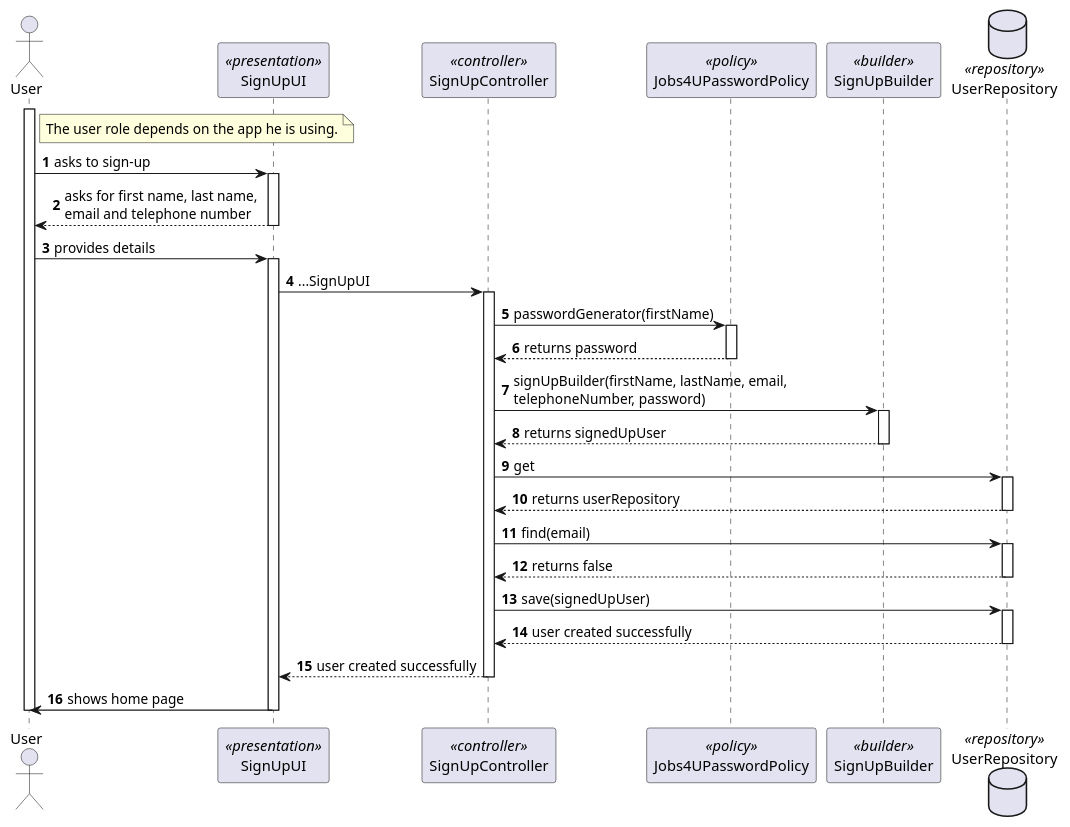
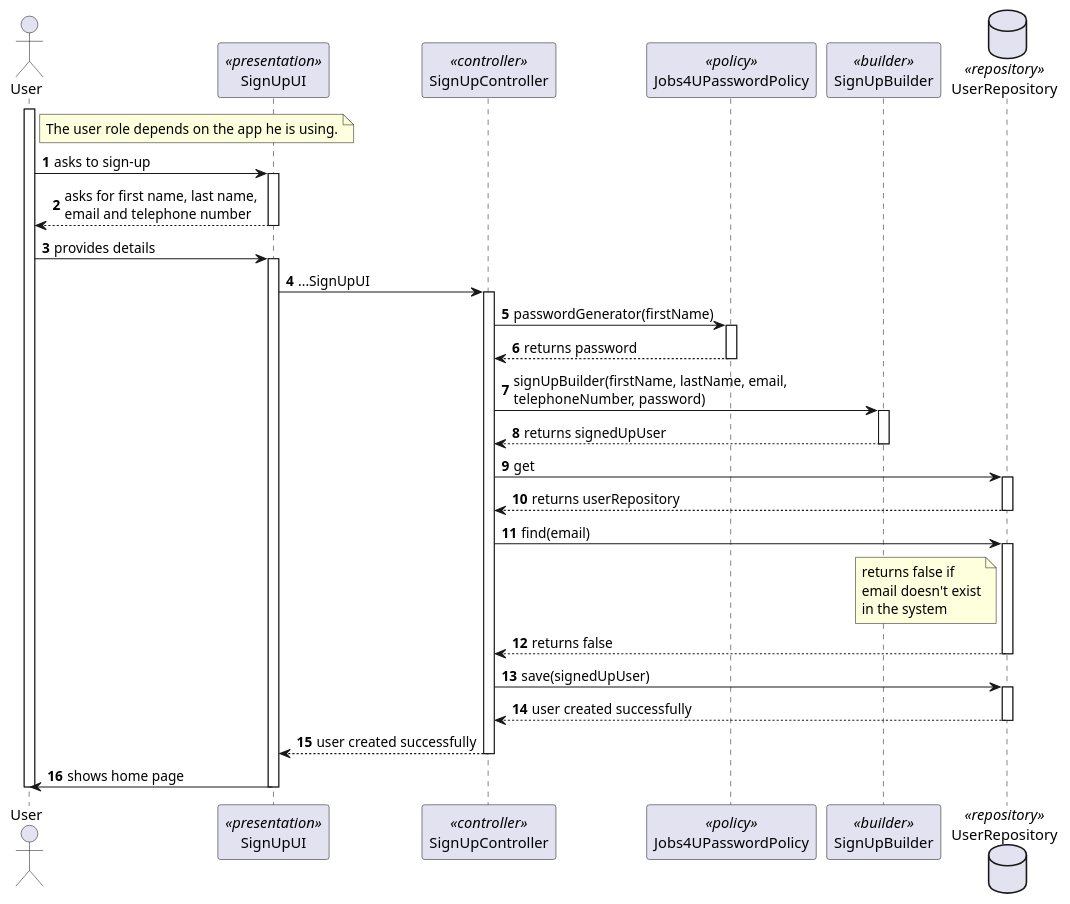
The diagram in docs/SprintB/G007/G007-sequence-diagram-signUp.puml (MiguelCardoso77/LAPR4), drawn with PlantUML before and after one commit. The commit also changed 1 other file, not shown here.

Commit message:
G007 SignUp Sequence Diagram #7

```diff
--- a/docs/SprintB/G007/G007-sequence-diagram-signUp.puml
+++ b/docs/SprintB/G007/G007-sequence-diagram-signUp.puml
@@ -1,67 +1,72 @@
 @startuml
 autonumber
 
 actor User
 
 participant SignUpUI <<presentation>>
 participant SignUpController <<controller>>
 participant Jobs4UPasswordPolicy <<policy>>
 participant SignUpBuilder <<builder>>
 database UserRepository <<repository>>
 
 activate User
     note right of User
         The user role depends on the app he is using.
     end note
     User -> SignUpUI: asks to sign-up
 
     activate SignUpUI
 
         SignUpUI --> User: asks for first name, last name, \nemail and telephone number
     deactivate SignUpUI
 
     User -> SignUpUI: provides details
     activate SignUpUI
 
         SignUpUI -> SignUpController : ...SignUpUI
         activate SignUpController
 
             SignUpController -> Jobs4UPasswordPolicy : passwordGenerator(firstName)
             activate Jobs4UPasswordPolicy
 
                 Jobs4UPasswordPolicy --> SignUpController : returns password
             deactivate Jobs4UPasswordPolicy
 
             SignUpController -> SignUpBuilder : signUpBuilder(firstName, lastName, email, \ntelephoneNumber, password)
             activate SignUpBuilder
 
                 SignUpBuilder --> SignUpController : returns signedUpUser
             deactivate SignUpBuilder
 
             SignUpController -> UserRepository : get
             activate UserRepository
 
                 UserRepository --> SignUpController: returns userRepository
             deactivate UserRepository
 
             SignUpController -> UserRepository : find(email)
             activate UserRepository
 
+                note left of UserRepository
+                    returns false if
+                    email doesn't exist
+                    in the system
+                end note
                 UserRepository --> SignUpController : returns false
             deactivate UserRepository
 
             SignUpController -> UserRepository : save(signedUpUser)
             activate UserRepository
 
                 UserRepository --> SignUpController : user created successfully
             deactivate UserRepository
 
             SignUpController --> SignUpUI : user created successfully
             deactivate SignUpController
 
         SignUpUI -> User: shows home page
     deactivate SignUpUI
 
 deactivate User
 
 @enduml
```
